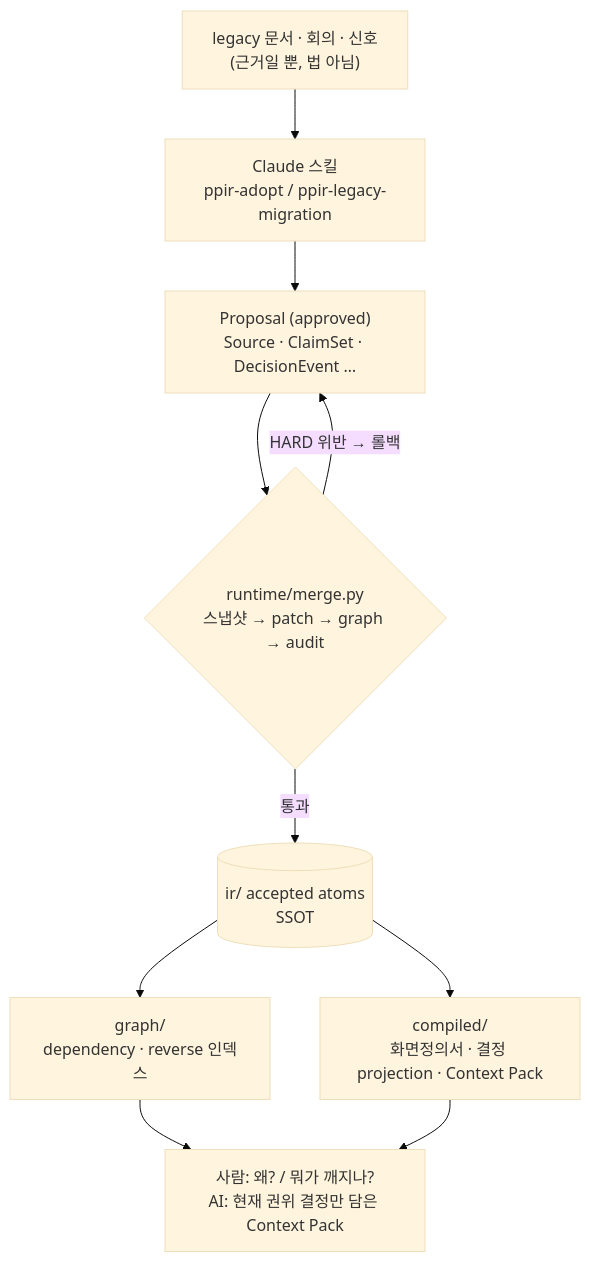
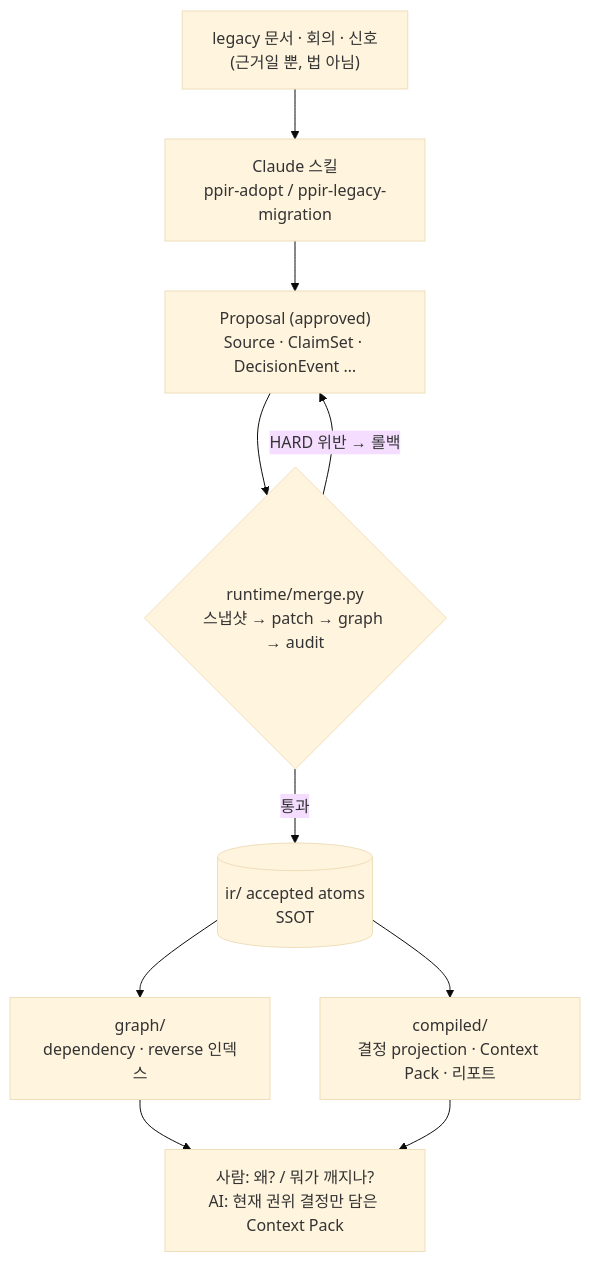
One commit to hadan-HwH/product-planning-ir changed the diagram in README.md. Above: the diagram before and after it, drawn with Mermaid (base theme). The commit also changed other lines of this file and 4 other files, not shown here.

````diff
--- a/README.md
+++ b/README.md
@@ -49,19 +207,19 @@
 ```mermaid
 flowchart TD
     SRC["legacy 문서 · 회의 · 신호<br/>(근거일 뿐, 법 아님)"]
     SKILL["Claude 스킬<br/>ppir-adopt / ppir-legacy-migration"]
     PROP["Proposal (approved)<br/>Source · ClaimSet · DecisionEvent …"]
     MERGE{"runtime/merge.py<br/>스냅샷 → patch → graph → audit"}
     IR[("ir/ accepted atoms<br/>SSOT")]
     GRAPH["graph/<br/>dependency · reverse 인덱스"]
-    COMP["compiled/<br/>화면정의서 · 결정 projection · Context Pack"]
+    COMP["compiled/<br/>결정 projection · Context Pack · 리포트"]
     USE["사람: 왜? / 뭐가 깨지나?<br/>AI: 현재 권위 결정만 담은 Context Pack"]
 
     SRC --> SKILL --> PROP --> MERGE
     MERGE -- "HARD 위반 → 롤백" --> PROP
     MERGE -- "통과" --> IR
     IR --> GRAPH
     IR --> COMP
     GRAPH --> USE
     COMP --> USE
 ```
````
